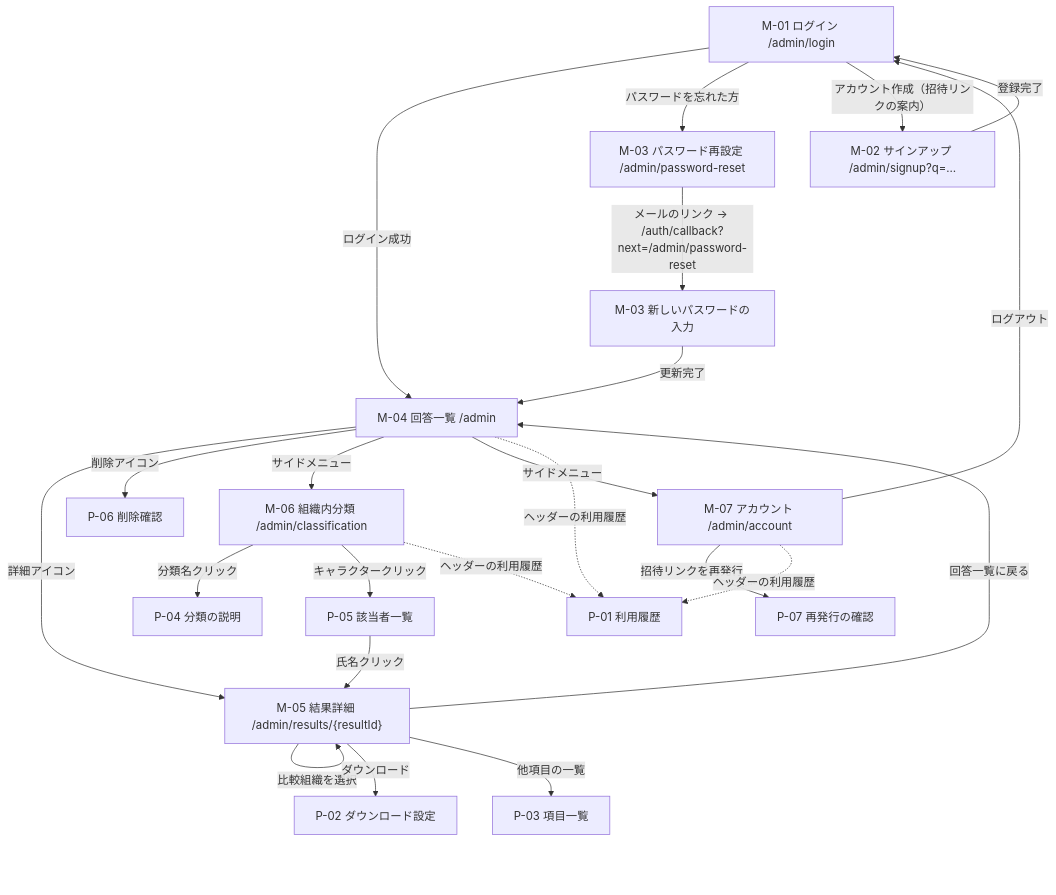
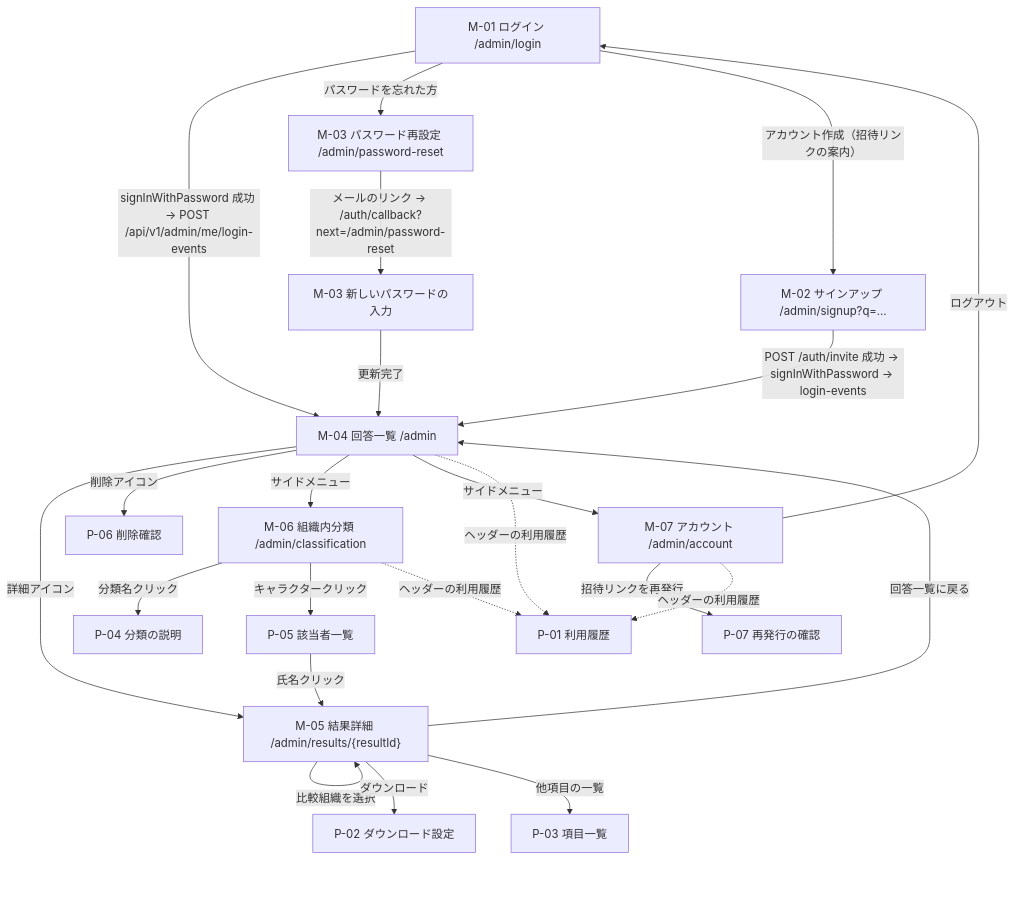
Before and after one commit to tanukichiyamaguchi/Tekisei-Kensa: the diagram in docs/基本設計/06_画面設計_管理者.md, drawn with Mermaid. The commit also changed other lines of this file and 10 other files, not shown here.

````diff
--- a/docs/基本設計/06_画面設計_管理者.md
+++ b/docs/基本設計/06_画面設計_管理者.md
@@ -84,25 +87,25 @@
 ```mermaid
 flowchart TD
-    L["M-01 ログイン /admin/login"] -->|ログイン成功| LIST["M-04 回答一覧 /admin"]
+    L["M-01 ログイン /admin/login"] -->|signInWithPassword 成功 → POST /api/v1/admin/me/login-events| LIST["M-04 回答一覧 /admin"]
     L -->|パスワードを忘れた方| PR["M-03 パスワード再設定 /admin/password-reset"]
     L -->|アカウント作成（招待リンクの案内）| SU["M-02 サインアップ /admin/signup?q=…"]
-    SU -->|登録完了| L
+    SU -->|POST /auth/invite 成功 → signInWithPassword → login-events| LIST
     PR -->|メールのリンク → /auth/callback?next=/admin/password-reset| PR2["M-03 新しいパスワードの入力"]
     PR2 -->|更新完了| LIST
     LIST -->|詳細アイコン| DET["M-05 結果詳細 /admin/results/{resultId}"]
     DET -->|回答一覧に戻る| LIST
     DET -->|比較組織を選択| DET
     DET -->|ダウンロード| P02["P-02 ダウンロード設定"]
     DET -->|他項目の一覧| P03["P-03 項目一覧"]
     LIST -->|削除アイコン| P06["P-06 削除確認"]
     LIST -->|サイドメニュー| CLS["M-06 組織内分類 /admin/classification"]
     LIST -->|サイドメニュー| ACC["M-07 アカウント /admin/account"]
     CLS -->|分類名クリック| P04["P-04 分類の説明"]
     CLS -->|キャラクタークリック| P05["P-05 該当者一覧"]
     P05 -->|氏名クリック| DET
     ACC -->|ログアウト| L
     ACC -->|招待リンクを再発行| P07["P-07 再発行の確認"]
     LIST -.->|ヘッダーの利用履歴| P01["P-01 利用履歴"]
     CLS -.->|ヘッダーの利用履歴| P01
     ACC -.->|ヘッダーの利用履歴| P01
 ```
````
